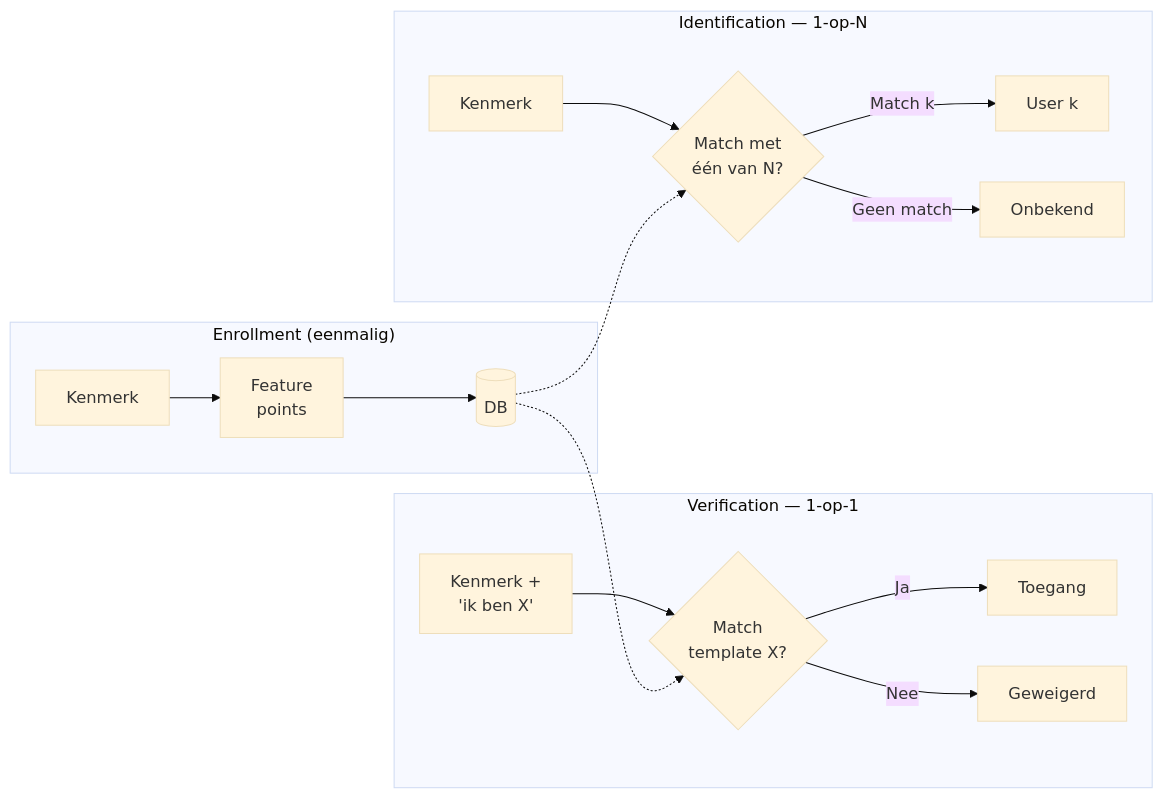
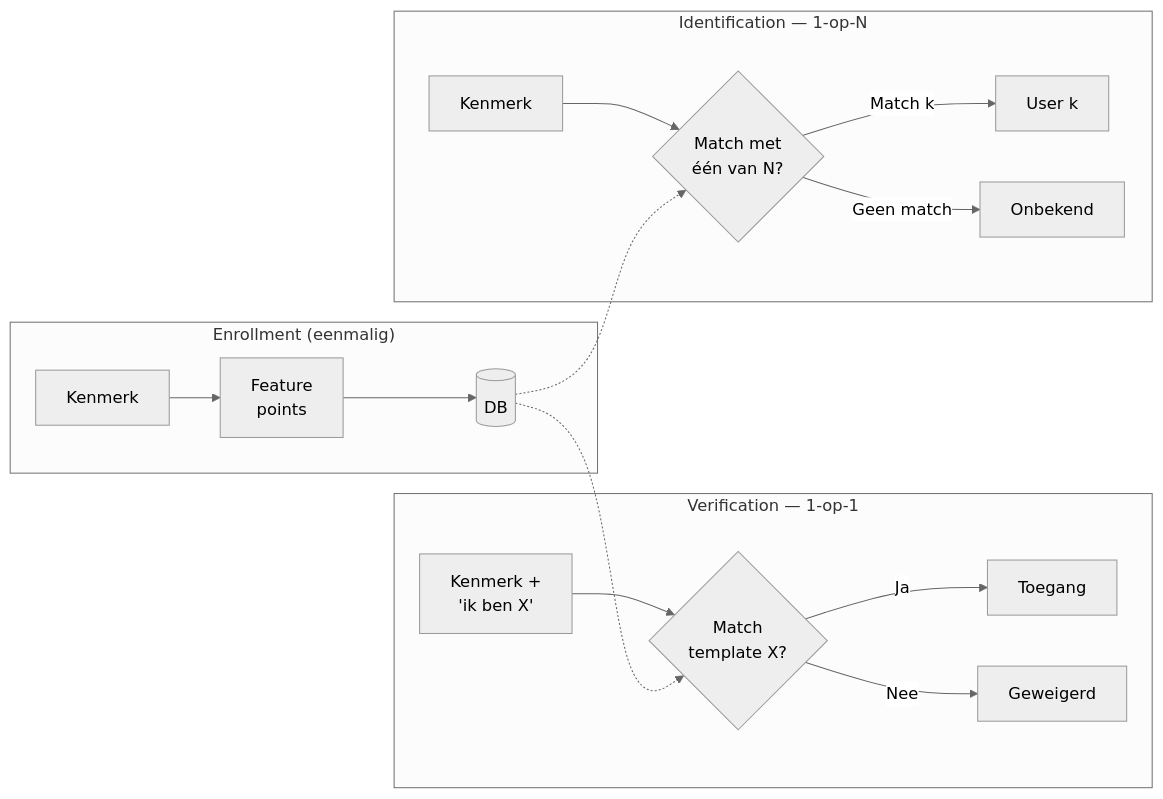
The second of 4 diagrams in cyberboswachters/slides/authenticatie.qmd (timdams/cyberboswachters_boek), drawn with Mermaid before and after one commit. The commit also changed 31 other files, not shown here.

````diff
--- a/cyberboswachters/slides/authenticatie.qmd
+++ b/cyberboswachters/slides/authenticatie.qmd
@@ -485,19 +485,19 @@
 ```{mermaid}
-%%{init: {"theme": "base", "flowchart": {"useMaxWidth": true}} }%%
+%%{init: {"theme": "neutral", "flowchart": {"useMaxWidth": true}} }%%
 flowchart LR
     subgraph ENR["Enrollment (eenmalig)"]
         E1[Kenmerk] --> E2[Feature<br/>points] --> E3[(DB)]
     end
     subgraph VER["Verification — 1-op-1"]
         V1["Kenmerk +<br/>'ik ben X'"] --> V3{Match<br/>template X?}
         V3 -->|Ja| V4[Toegang]
         V3 -->|Nee| V5[Geweigerd]
     end
     subgraph IDE["Identification — 1-op-N"]
         I1[Kenmerk] --> I3{Match met<br/>één van N?}
         I3 -->|Match k| I4[User k]
         I3 -->|Geen match| I5[Onbekend]
     end
     E3 -.-> V3
     E3 -.-> I3
 ```
````
